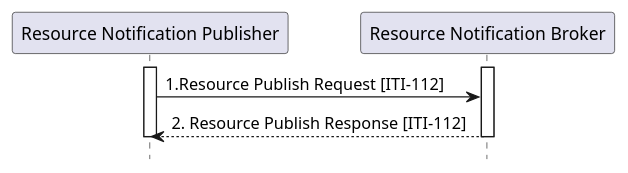
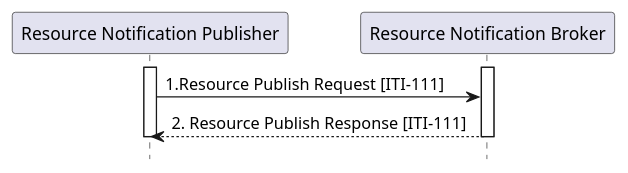
One commit to IHE/ITI.DSUBm changed the diagram in input/images-source/ITI-111-Publish-seq.plantuml. Above: the diagram before and after it, drawn with PlantUML. The commit also changed 2 other files, not shown here.

Commit message:
iti-111 part

```diff
--- a/input/images-source/ITI-111-Publish-seq.plantuml
+++ b/input/images-source/ITI-111-Publish-seq.plantuml
@@ -1,14 +1,14 @@
 @startuml
 hide footbox
 
 participant "Resource Notification Publisher" as  Publisher
 participant "Resource Notification Broker" as  Broker
 
 activate Publisher
 activate Broker
-Publisher -> Broker : 1.Resource Publish Request [ITI-112]
-Broker --> Publisher : 2. Resource Publish Response [ITI-112]
+Publisher -> Broker : 1.Resource Publish Request [ITI-111]
+Broker --> Publisher : 2. Resource Publish Response [ITI-111]
 deactivate Broker
 deactivate Publisher
 
 @enduml
```
